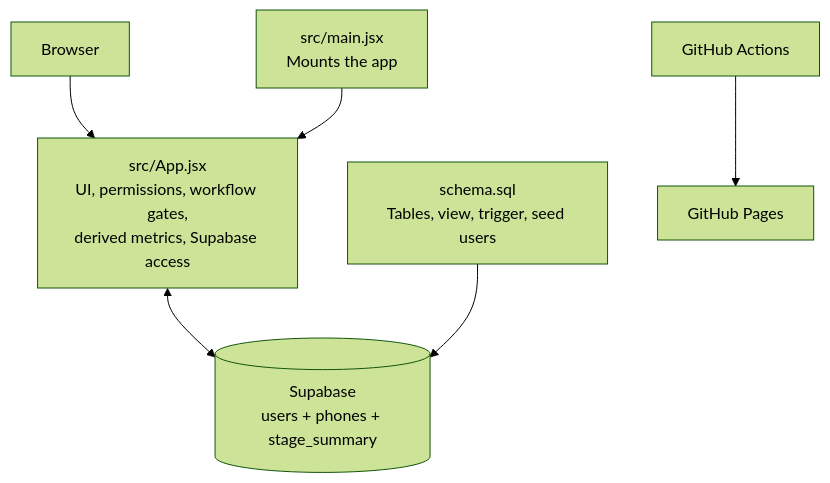
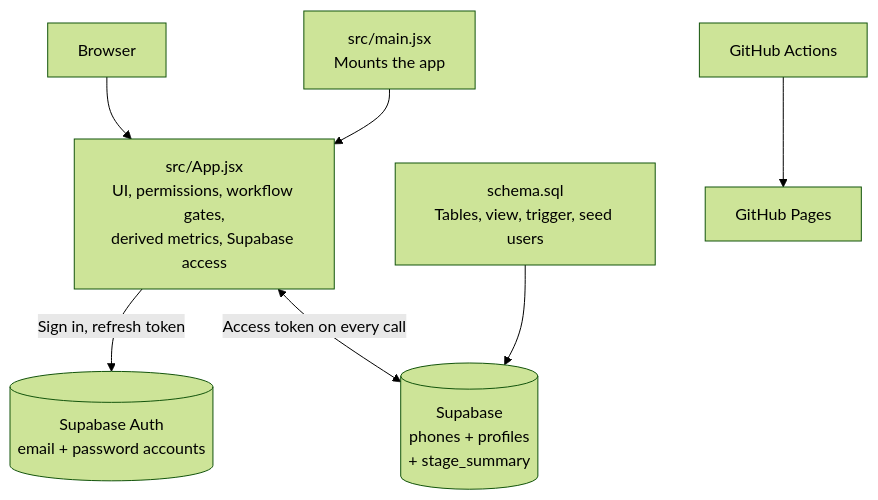
The fifth of 7 diagrams in README.md (pethupraveen/procurement-tracker), drawn with Mermaid (forest theme) before and after one commit. The commit also changed other lines of this file and 6 other files, not shown here.

```diff
--- a/README.md
+++ b/README.md
@@ -132,16 +132,18 @@
 ~~~mermaid
 flowchart TB
     Browser[Browser]
     App[src/App.jsx<br/>UI, permissions, workflow gates,<br/>derived metrics, Supabase access]
     Entry[src/main.jsx<br/>Mounts the app]
-    DB[(Supabase<br/>users + phones + stage_summary)]
+    Auth[(Supabase Auth<br/>email + password accounts)]
+    DB[(Supabase<br/>phones + profiles<br/>+ stage_summary)]
     Schema[schema.sql<br/>Tables, view, trigger, seed users]
     Deploy[GitHub Actions]
     Pages[GitHub Pages]
 
     Browser --> App
     Entry --> App
-    App <--> DB
+    App -->|Sign in, refresh token| Auth
+    App <-->|Access token on every call| DB
     Schema --> DB
     Deploy --> Pages
 ~~~
```
